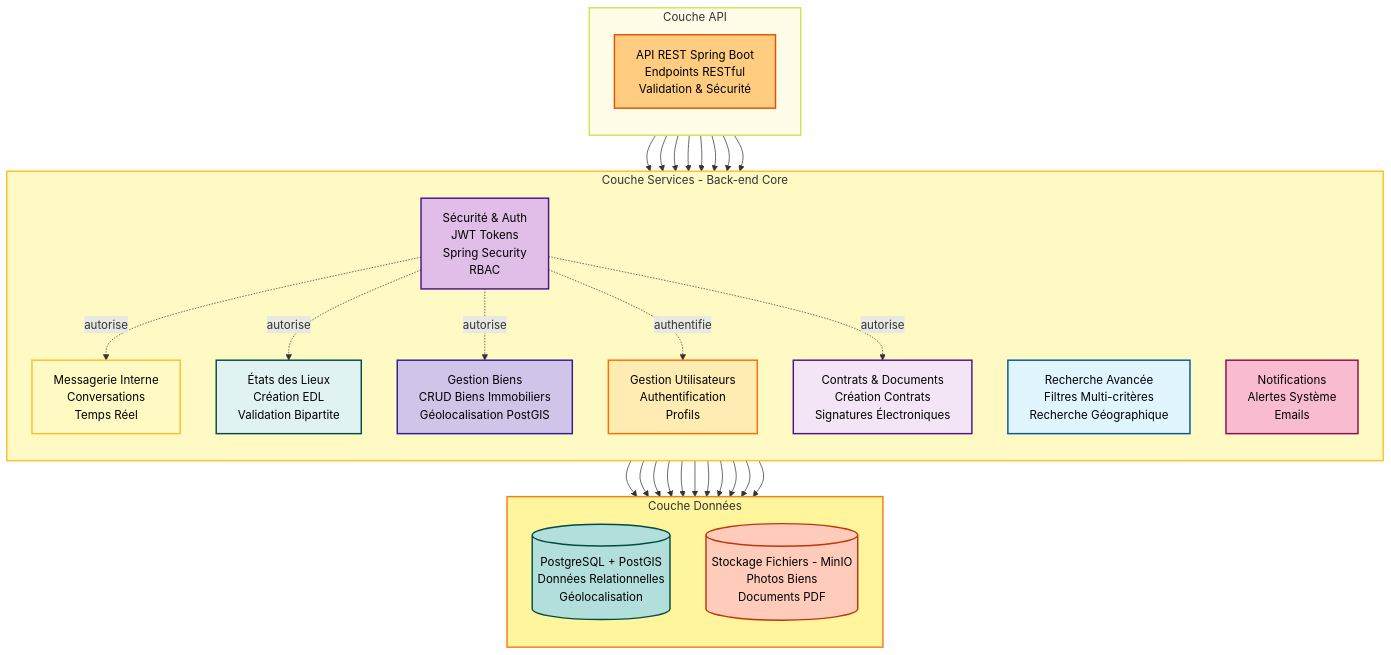
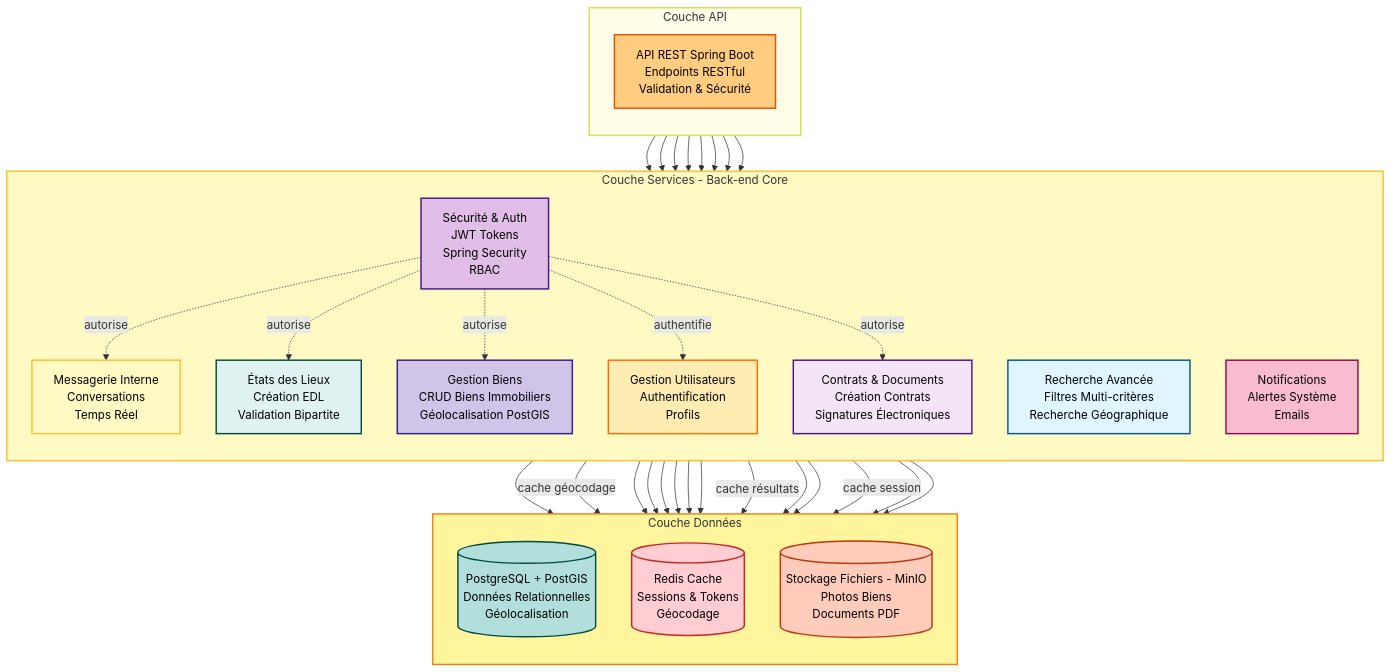
One commit to Kupanga-App/kupanga-Api changed the first of 2 diagrams in README.md. Above: the diagram before and after it, drawn with Mermaid. The commit also changed other lines of this file, not shown here.

````diff
--- a/README.md
+++ b/README.md
@@ -82,6 +108,7 @@
     classDef docNode fill:#f3e5f5,stroke:#4a148c,color:black,stroke-width:2px;
     classDef dbNode fill:#b2dfdb,stroke:#004d40,color:black,stroke-width:2px;
     classDef storageNode fill:#ffccbc,stroke:#bf360c,color:black,stroke-width:2px;
+    classDef cacheNode fill:#ffcdd2,stroke:#c62828,color:black,stroke-width:2px;
 
     subgraph API["Couche API"]
         direction TB
@@ -108,6 +135,7 @@
     subgraph Data["Couche Données"]
         direction TB
         Postgres[("PostgreSQL + PostGIS<br/>Données Relationnelles<br/>Géolocalisation")]:::dbNode
+        Redis[("Redis Cache<br/>Sessions & Tokens<br/>Géocodage")]:::cacheNode
         Minio[("Stockage Fichiers - MinIO<br/>Photos Biens<br/>Documents PDF")]:::storageNode
     end
     class Data dataLayer
@@ -131,14 +159,17 @@
 
     %% Services -> Data
     Search --> Postgres
+    Search -->|cache géocodage| Redis
     Notif --> Postgres
     Msg --> Postgres
     EDL --> Postgres
     EDL --> Minio
     Prop --> Postgres
     Prop --> Minio
+    Prop -->|cache résultats| Redis
     Users --> Postgres
     Users --> Minio
+    Users -->|cache session| Redis
     Docs --> Postgres
     Docs --> Minio
 ```
````
